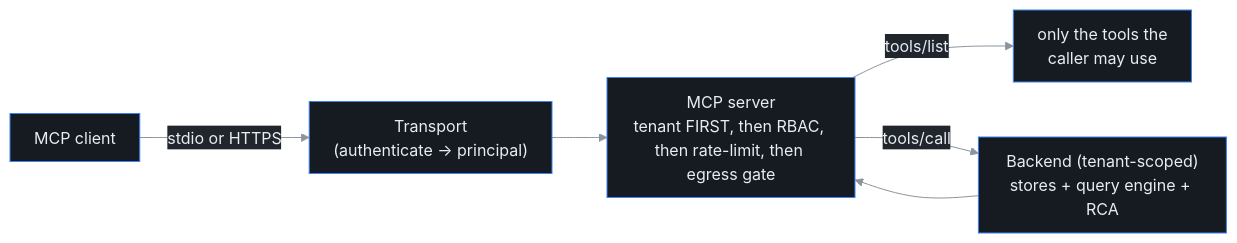
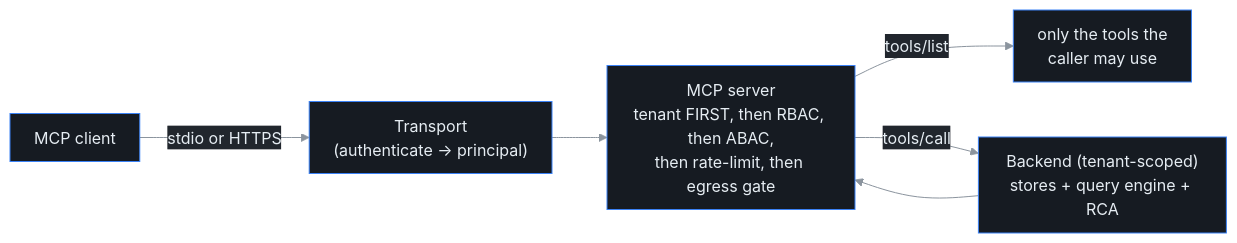
Before and after one commit to ctlplne/probectl: the diagram in docs/mcp.md, drawn with Mermaid. The commit also changed other lines of this file and 9 other files, not shown here.

First line of the commit message:
fix(mcp): enforce tenant ABAC policies

````diff
--- a/docs/mcp.md
+++ b/docs/mcp.md
@@ -32,9 +32,9 @@
 ```mermaid
 %%{init: {'theme':'base','themeVariables':{'background':'#0d1117','primaryColor':'#161b22','primaryTextColor':'#e6edf3','primaryBorderColor':'#3b82f6','lineColor':'#8b949e','secondaryColor':'#21262d','tertiaryColor':'#0d1117','clusterBkg':'#161b22','clusterBorder':'#30363d','fontFamily':'ui-monospace, SFMono-Regular, Menlo, monospace'},'flowchart':{'curve':'basis','nodeSpacing':55,'rankSpacing':55,'padding':12}}}%%
 flowchart LR
   C["MCP client"] -->|stdio or HTTPS| T["Transport<br/>(authenticate → principal)"]
-  T --> S["MCP server<br/>tenant FIRST, then RBAC, then rate-limit, then egress gate"]
+  T --> S["MCP server<br/>tenant FIRST, then RBAC, then ABAC,<br/>then rate-limit, then egress gate"]
   S -->|"tools/list"| L["only the tools the<br/>caller may use"]
   S -->|"tools/call"| B["Backend (tenant-scoped)<br/>stores + query engine + RCA"]
   B --> S
 ```
````
